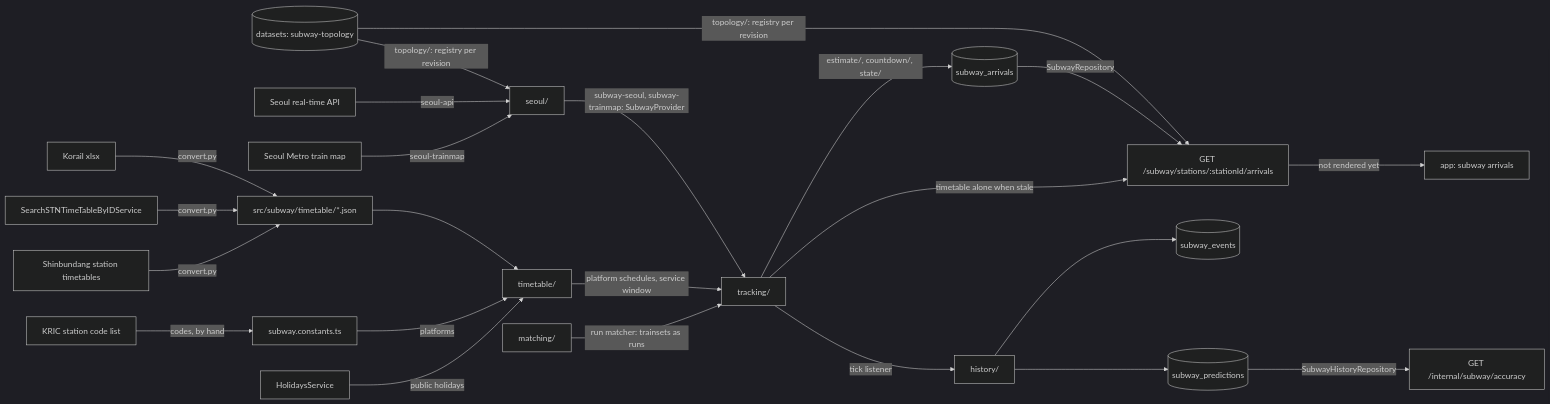
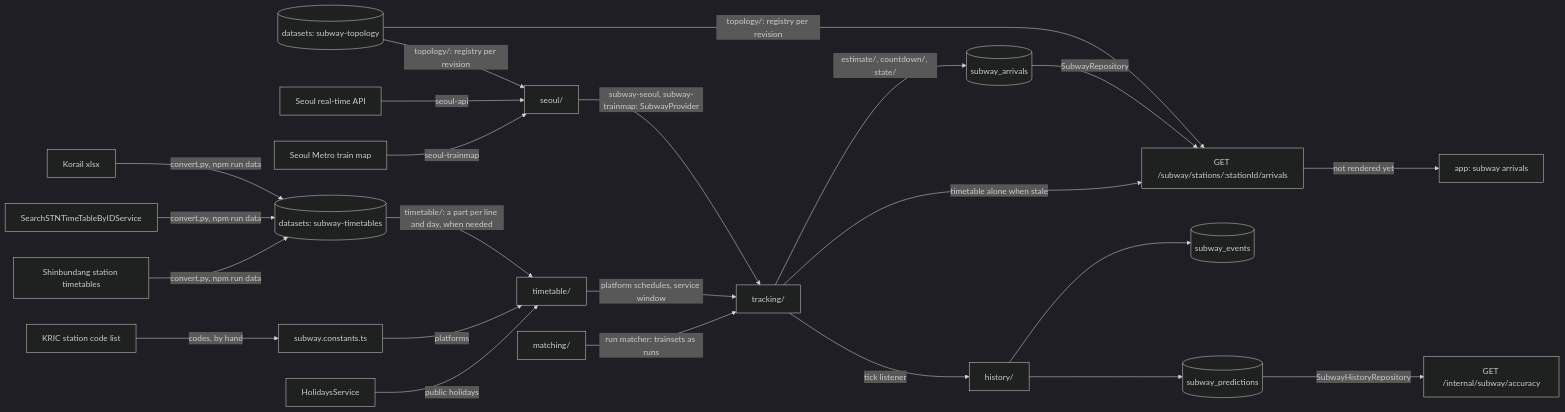
One commit to skkuverse/skkuverse-server changed the diagram in docs/explanation/subway-architecture.md. Above: the diagram before and after it, drawn with Mermaid (dark theme). The commit also changed other lines of this file and 2 other files, not shown here.

Commit message:
docs(subway): document the subway-timetables dataset and how to update it

````diff
--- a/docs/explanation/subway-architecture.md
+++ b/docs/explanation/subway-architecture.md
@@ -100,25 +101,25 @@
 ```mermaid
 flowchart LR
   kric["KRIC station code list"] -->|codes, by hand| network["subway.constants.ts"]
-  xlsx["Korail xlsx"] -->|convert.py| tt["src/subway/timetable/*.json"]
-  seoultt["SearchSTNTimeTableByIDService"] -->|convert.py| tt
-  sbl["Shinbundang station timetables"] -->|convert.py| tt
-  tt --> timetable["timetable/"]
+  xlsx["Korail xlsx"] -->|"convert.py, npm run data"| tt[("datasets: subway-timetables")]
+  seoultt["SearchSTNTimeTableByIDService"] -->|"convert.py, npm run data"| tt
+  sbl["Shinbundang station timetables"] -->|"convert.py, npm run data"| tt
+  tt -->|"timetable/: a part per line and day, when needed"| timetable["timetable/"]
   network -->|platforms| timetable
   topologyds[("datasets: subway-topology")] -->|"topology/: registry per revision"| seoul
   topologyds -->|"topology/: registry per revision"| route
   holidays["HolidaysService"] -->|public holidays| timetable
   seoulapi["Seoul real-time API"] -->|seoul-api| seoul["seoul/"]
   trainmap["Seoul Metro train map"] -->|seoul-trainmap| seoul
   seoul -->|"subway-seoul, subway-trainmap: SubwayProvider"| tracking["tracking/"]
   timetable -->|platform schedules, service window| tracking
   matching["matching/"] -->|"run matcher: trainsets as runs"| tracking
   tracking -->|"estimate/, countdown/, state/"| coll[("subway_arrivals")]
   coll -->|SubwayRepository| route["GET /subway/stations/:stationId/arrivals"]
   tracking -->|timetable alone when stale| route
   route -->|not rendered yet| screen["app: subway arrivals"]
   tracking -->|tick listener| history["history/"]
   history --> events[("subway_events")]
   history --> predictions[("subway_predictions")]
   predictions -->|SubwayHistoryRepository| report["GET /internal/subway/accuracy"]
 ```
````
